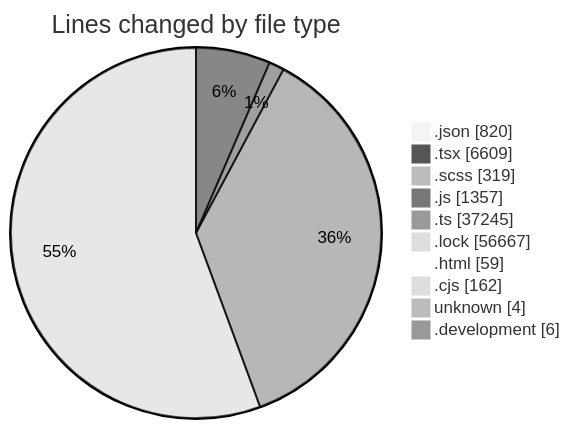
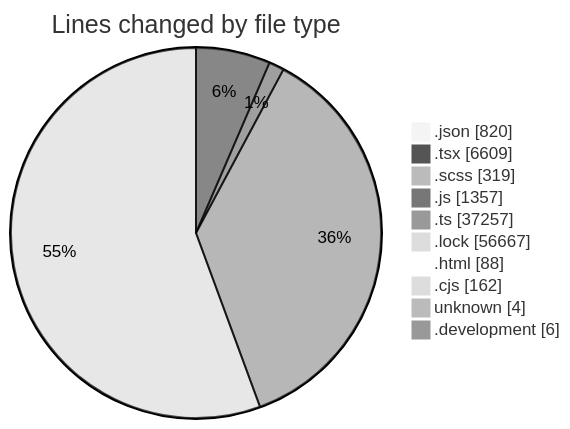
The first of 2 diagrams in 2026-09-03/cda/README.md (momahboobian/code-tracking), drawn with Mermaid (neutral theme) before and after one commit. The commit also changed other lines of this file and 1 other file, not shown here.

````diff
--- a/2026-09-03/cda/README.md
+++ b/2026-09-03/cda/README.md
@@ -96,14 +98,14 @@
 ```mermaid
 pie showData
 title Lines changed by file type
 ".json" : 820
 ".tsx" : 6609
 ".scss" : 319
 ".js" : 1357
-".ts" : 37245
+".ts" : 37257
 ".lock" : 56667
-".html" : 59
+".html" : 88
 ".cjs" : 162
 "unknown" : 4
 ".development" : 6
 ```
````
